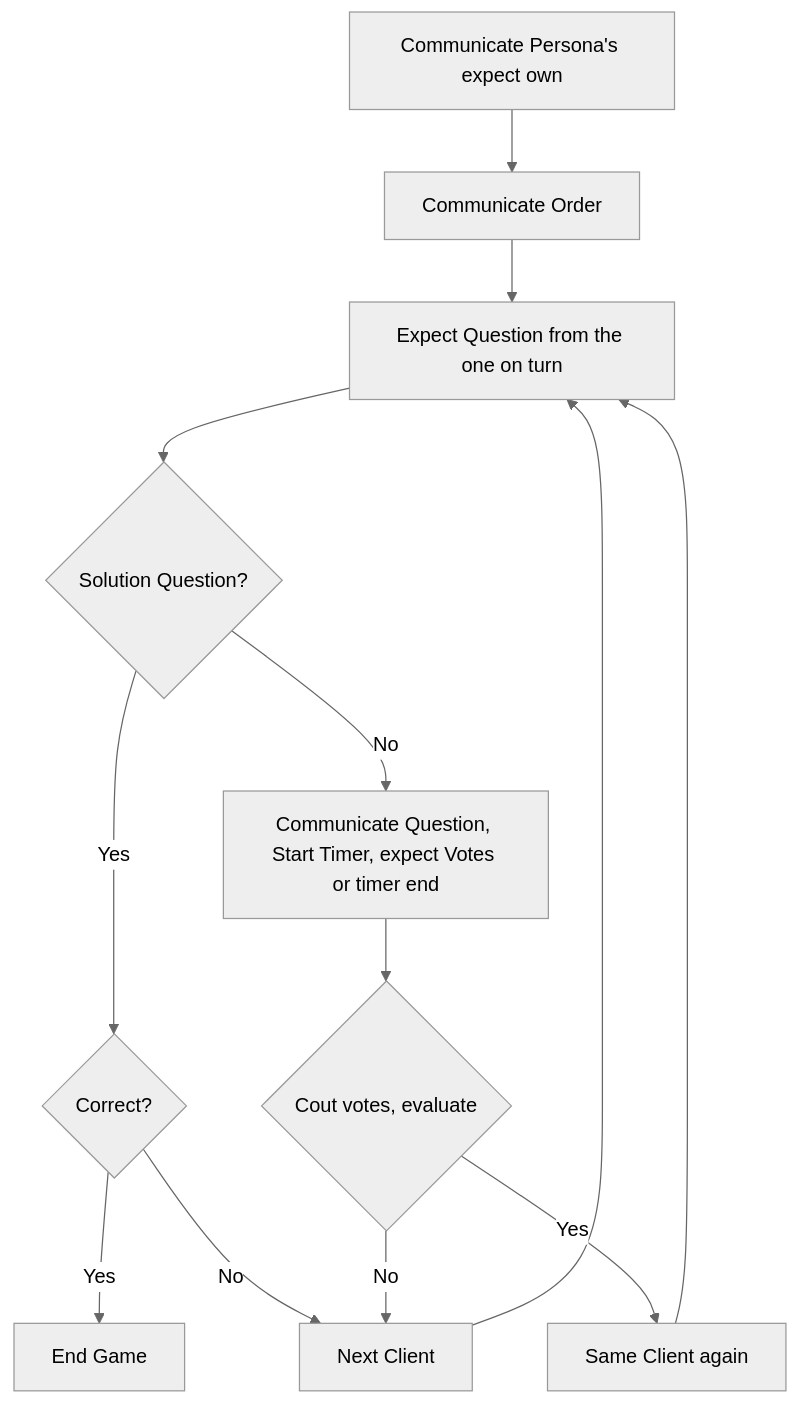
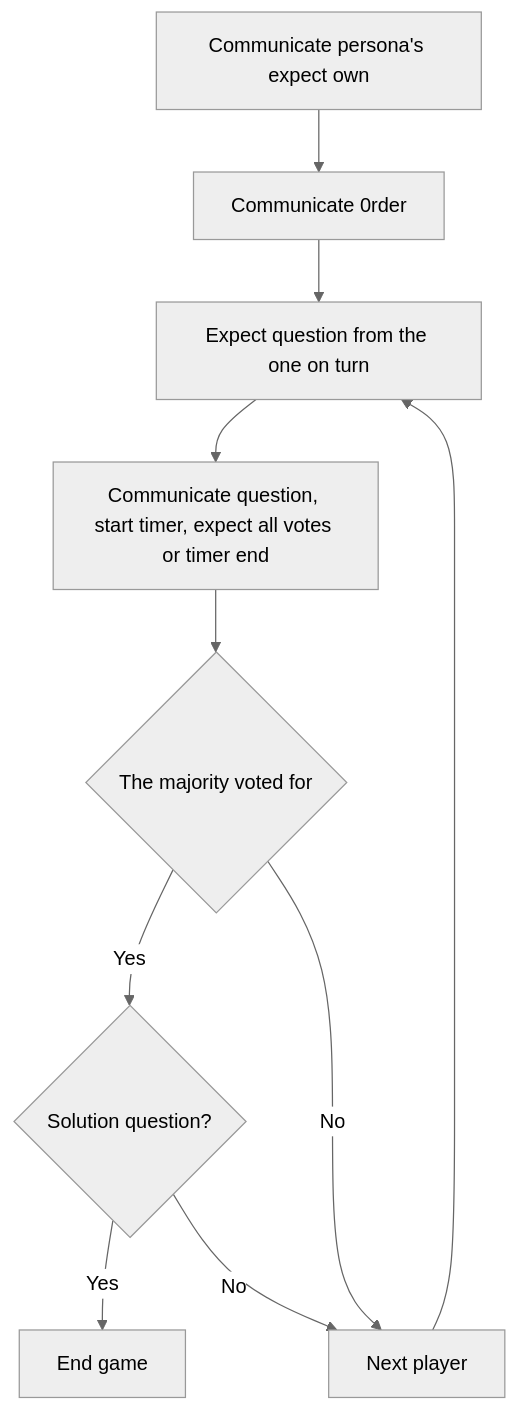
The second of 2 diagrams in README.md (Chantifa/whoami), drawn with Mermaid (neutral theme) before and after one commit. The commit also changed other lines of this file and 1 other file, not shown here.

````diff
--- a/README.md
+++ b/README.md
@@ -146,16 +156,13 @@
 ```mermaid
 graph TB
-    1[Communicate Persona's expect own] -->
-    2[Communicate Order] -->
-    3[Expect Question from the one on turn] -->8{Solution Question?};
-    8 -->|Yes| 9{Correct?};
-    9 -->|Yes| 10[End Game];
-    9 -->|No| 7;
-    8 --> |No| 4[Communicate Question, Start Timer, expect Votes or timer end];
-    4 --> 5{Cout votes, evaluate} ;
-    5 -->|Yes| 6[Same Client again];
-    5 -->|No| 7[Next Client]; 
-    6 --> 3; 7 --> 3;
+    1[Communicate persona's expect own] -->
+    2[Communicate 0rder] -->
+    3[Expect question from the one on turn] --> 4[Communicate question, start timer, expect all votes or timer end];
+    5 -->|Yes| 6{Solution question?};
+    6 -->|Yes| 8[End game];
+    6 & 5-->|No| 7[Next player] --> 3;
+    4 --> 5{The majority voted for} ;    
+
 
 
 ```
````
